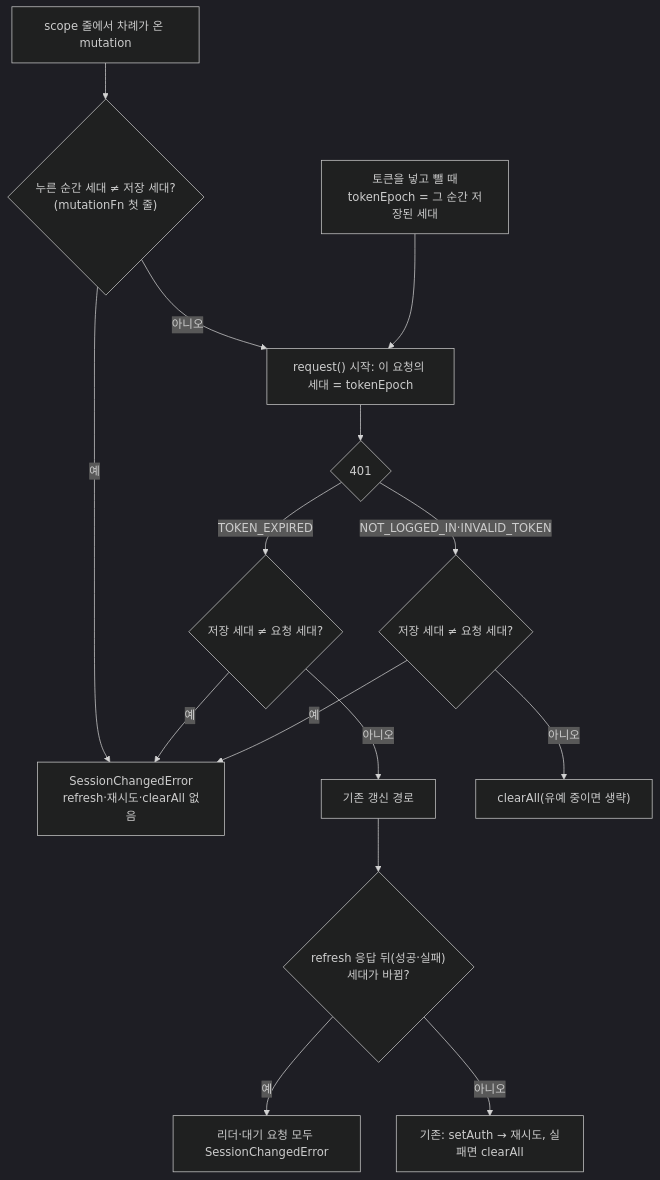
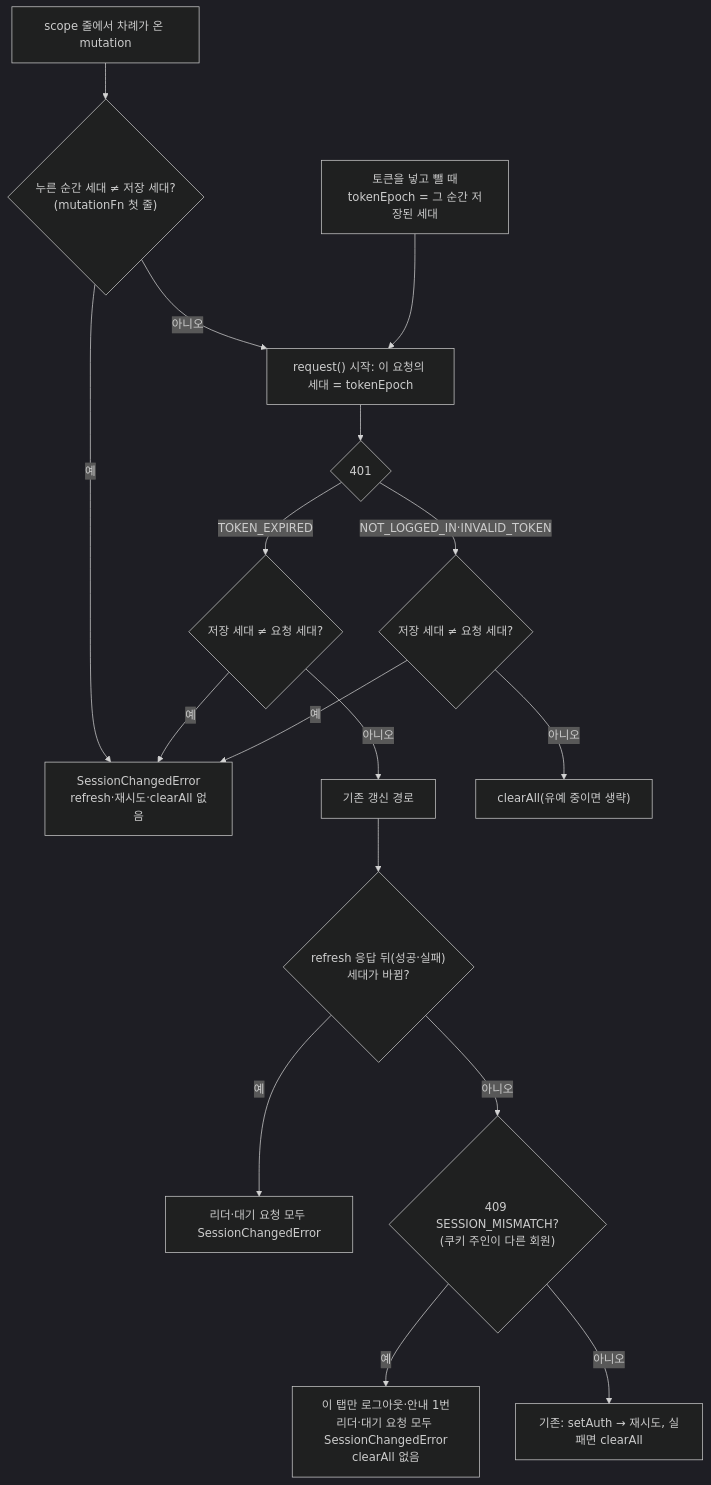
The second of 6 diagrams in docs/AUTH.md (BAECHAN/link-sphere_FE_NEW), drawn with Mermaid (dark theme) before and after one commit. The commit also changed other lines of this file and 13 other files, not shown here.

````diff
--- a/docs/AUTH.md
+++ b/docs/AUTH.md
@@ -269,17 +270,19 @@
 ```mermaid
 flowchart TD
   MQ["scope 줄에서 차례가 온 mutation"] --> MC{"누른 순간 세대 ≠ 저장 세대?<br/>(mutationFn 첫 줄)"}
   MC -->|"예"| SC
   MC -->|"아니오"| Q
   T["토큰을 넣고 뺄 때<br/>tokenEpoch = 그 순간 저장된 세대"] --> Q["request() 시작: 이 요청의 세대 = tokenEpoch"]
   Q --> E{"401"}
   E -->|"TOKEN_EXPIRED"| C1{"저장 세대 ≠ 요청 세대?"}
   E -->|"NOT_LOGGED_IN·INVALID_TOKEN"| C5{"저장 세대 ≠ 요청 세대?"}
   C1 -->|"예"| SC["SessionChangedError<br/>refresh·재시도·clearAll 없음"]
   C1 -->|"아니오"| OLD["기존 갱신 경로"]
   C5 -->|"예"| SC
   C5 -->|"아니오"| CA["clearAll(유예 중이면 생략)"]
   OLD --> L{"refresh 응답 뒤(성공·실패)<br/>세대가 바뀜?"}
   L -->|"예"| ALL["리더·대기 요청 모두 SessionChangedError"]
-  L -->|"아니오"| OK["기존: setAuth → 재시도, 실패면 clearAll"]
+  L -->|"아니오"| M{"409 SESSION_MISMATCH?<br/>(쿠키 주인이 다른 회원)"}
+  M -->|"예"| MM["이 탭만 로그아웃·안내 1번<br/>리더·대기 요청 모두 SessionChangedError<br/>clearAll 없음"]
+  M -->|"아니오"| OK["기존: setAuth → 재시도, 실패면 clearAll"]
 ```
````
